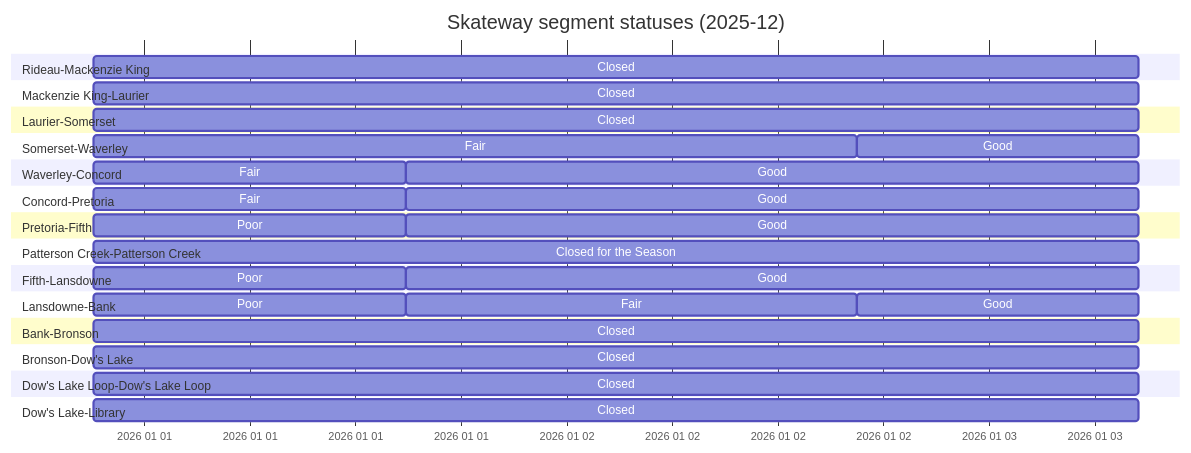
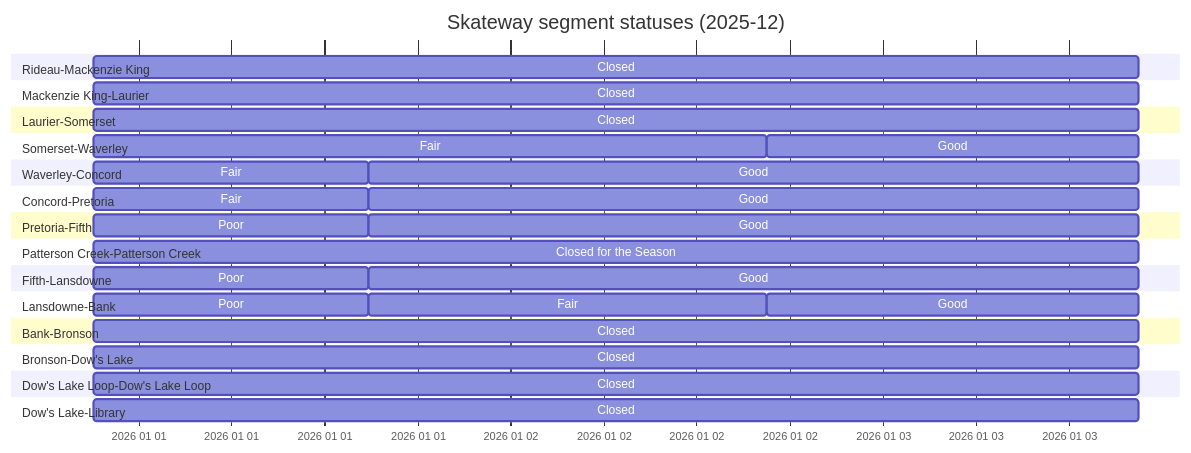
One commit to PatLittle/skateway_data changed the diagram in gantt.md. Above: the diagram before and after it, drawn with Mermaid. The commit also changed 3 other files, not shown here.

````diff
--- a/gantt.md
+++ b/gantt.md
@@ -2,51 +2,51 @@
 ```mermaid
 ---
 topAxis: true
 displayMode: compact
 config:
   themeCSS: " #vg { fill: Green } #g {fill: yellow} #f {fill: orange} #p {fill: red}      \n
 #c {fill: Black} #cs {fill: Black} #sc {fill: White} #wo {fill: saddlebrown} \n
             text[id^=cs] { fill: red; } text[id^=sc] { fill: red; }
         "
 ---
 
 gantt
   title Skateway segment statuses (2025-12)
   dateFormat  YYYY-MM-DD HH:mm:ss
   axisFormat  %Y %m %d
   section Rideau-Mackenzie King
-  Closed: c, 2025-12-31 21:07:33, 2026-01-03 08:29:34
+  Closed: c, 2025-12-31 21:07:33, 2026-01-03 16:27:36
   section Mackenzie King-Laurier
-  Closed: c, 2025-12-31 21:07:33, 2026-01-03 08:29:34
+  Closed: c, 2025-12-31 21:07:33, 2026-01-03 16:27:36
   section Laurier-Somerset
-  Closed: c, 2025-12-31 21:07:33, 2026-01-03 08:29:34
+  Closed: c, 2025-12-31 21:07:33, 2026-01-03 16:27:36
   section Somerset-Waverley
   Fair: f, 2025-12-31 21:07:33, 2026-01-02 16:28:08
-  Good: g, 2026-01-02 16:28:08, 2026-01-03 08:29:34
+  Good: g, 2026-01-02 16:28:08, 2026-01-03 16:27:36
   section Waverley-Concord
   Fair: f, 2025-12-31 21:07:33, 2026-01-01 14:52:27
-  Good: g, 2026-01-01 14:52:27, 2026-01-03 08:29:34
+  Good: g, 2026-01-01 14:52:27, 2026-01-03 16:27:36
   section Concord-Pretoria
   Fair: f, 2025-12-31 21:07:33, 2026-01-01 14:52:27
-  Good: g, 2026-01-01 14:52:27, 2026-01-03 08:29:34
+  Good: g, 2026-01-01 14:52:27, 2026-01-03 16:27:36
   section Pretoria-Fifth
   Poor: p, 2025-12-31 21:07:33, 2026-01-01 14:52:27
-  Good: g, 2026-01-01 14:52:27, 2026-01-03 08:29:34
+  Good: g, 2026-01-01 14:52:27, 2026-01-03 16:27:36
   section Patterson Creek-Patterson Creek
-  Closed for the Season: cs, 2025-12-31 21:07:33, 2026-01-03 08:29:34
+  Closed for the Season: cs, 2025-12-31 21:07:33, 2026-01-03 16:27:36
   section Fifth-Lansdowne
   Poor: p, 2025-12-31 21:07:33, 2026-01-01 14:52:27
-  Good: g, 2026-01-01 14:52:27, 2026-01-03 08:29:34
+  Good: g, 2026-01-01 14:52:27, 2026-01-03 16:27:36
   section Lansdowne-Bank
   Poor: p, 2025-12-31 21:07:33, 2026-01-01 14:52:27
   Fair: f, 2026-01-01 14:52:27, 2026-01-02 16:28:08
-  Good: g, 2026-01-02 16:28:08, 2026-01-03 08:29:34
+  Good: g, 2026-01-02 16:28:08, 2026-01-03 16:27:36
   section Bank-Bronson
-  Closed: c, 2025-12-31 21:07:33, 2026-01-03 08:29:34
+  Closed: c, 2025-12-31 21:07:33, 2026-01-03 16:27:36
   section Bronson-Dow's Lake
-  Closed: c, 2025-12-31 21:07:33, 2026-01-03 08:29:34
+  Closed: c, 2025-12-31 21:07:33, 2026-01-03 16:27:36
   section Dow's Lake Loop-Dow's Lake Loop
-  Closed: c, 2025-12-31 21:07:33, 2026-01-03 08:29:34
+  Closed: c, 2025-12-31 21:07:33, 2026-01-03 16:27:36
   section Dow's Lake-Library
-  Closed: c, 2025-12-31 21:07:33, 2026-01-03 08:29:34
+  Closed: c, 2025-12-31 21:07:33, 2026-01-03 16:27:36
 ```
````
